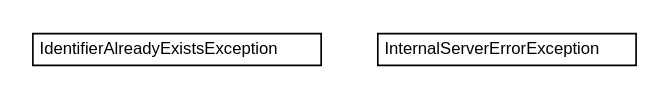
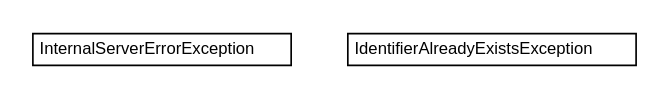
Before and after one commit to markusgraube/r43ples: the diagram in javadoc/de/tud/plt/r43ples/exception/de.tud.plt.r43ples.exception.dot, drawn with Graphviz. The commit also changed 87 other files, not shown here.

```diff
--- a/javadoc/de/tud/plt/r43ples/exception/de.tud.plt.r43ples.exception.dot
+++ b/javadoc/de/tud/plt/r43ples/exception/de.tud.plt.r43ples.exception.dot
@@ -1,24 +1,24 @@
 #!/usr/local/bin/dot
 #
 # Class diagram 
 # Generated by UMLGraph version R5_6_6-6-g3bdff0 (http://www.umlgraph.org/)
 #
 
 digraph G {
 	edge [fontname="Helvetica",fontsize=10,labelfontname="Helvetica",labelfontsize=10];
 	node [fontname="Helvetica",fontsize=10,shape=plaintext];
 	nodesep=0.25;
 	ranksep=0.5;
+	// de.tud.plt.r43ples.exception.InternalServerErrorException
+	c0 [label=<<table title="de.tud.plt.r43ples.exception.InternalServerErrorException" border="0" cellborder="1" cellspacing="0" cellpadding="2" port="p" href="./InternalServerErrorException.html">
+		<tr><td><table border="0" cellspacing="0" cellpadding="1">
+<tr><td align="center" balign="center"> InternalServerErrorException </td></tr>
+		</table></td></tr>
+		</table>>, URL="./InternalServerErrorException.html", fontname="Helvetica", fontcolor="black", fontsize=10.0];
 	// de.tud.plt.r43ples.exception.IdentifierAlreadyExistsException
-	c0 [label=<<table title="de.tud.plt.r43ples.exception.IdentifierAlreadyExistsException" border="0" cellborder="1" cellspacing="0" cellpadding="2" port="p" href="./IdentifierAlreadyExistsException.html">
+	c1 [label=<<table title="de.tud.plt.r43ples.exception.IdentifierAlreadyExistsException" border="0" cellborder="1" cellspacing="0" cellpadding="2" port="p" href="./IdentifierAlreadyExistsException.html">
 		<tr><td><table border="0" cellspacing="0" cellpadding="1">
 <tr><td align="center" balign="center"> IdentifierAlreadyExistsException </td></tr>
 		</table></td></tr>
 		</table>>, URL="./IdentifierAlreadyExistsException.html", fontname="Helvetica", fontcolor="black", fontsize=10.0];
-	// de.tud.plt.r43ples.exception.InternalServerErrorException
-	c1 [label=<<table title="de.tud.plt.r43ples.exception.InternalServerErrorException" border="0" cellborder="1" cellspacing="0" cellpadding="2" port="p" href="./InternalServerErrorException.html">
-		<tr><td><table border="0" cellspacing="0" cellpadding="1">
-<tr><td align="center" balign="center"> InternalServerErrorException </td></tr>
-		</table></td></tr>
-		</table>>, URL="./InternalServerErrorException.html", fontname="Helvetica", fontcolor="black", fontsize=10.0];
 }
```
